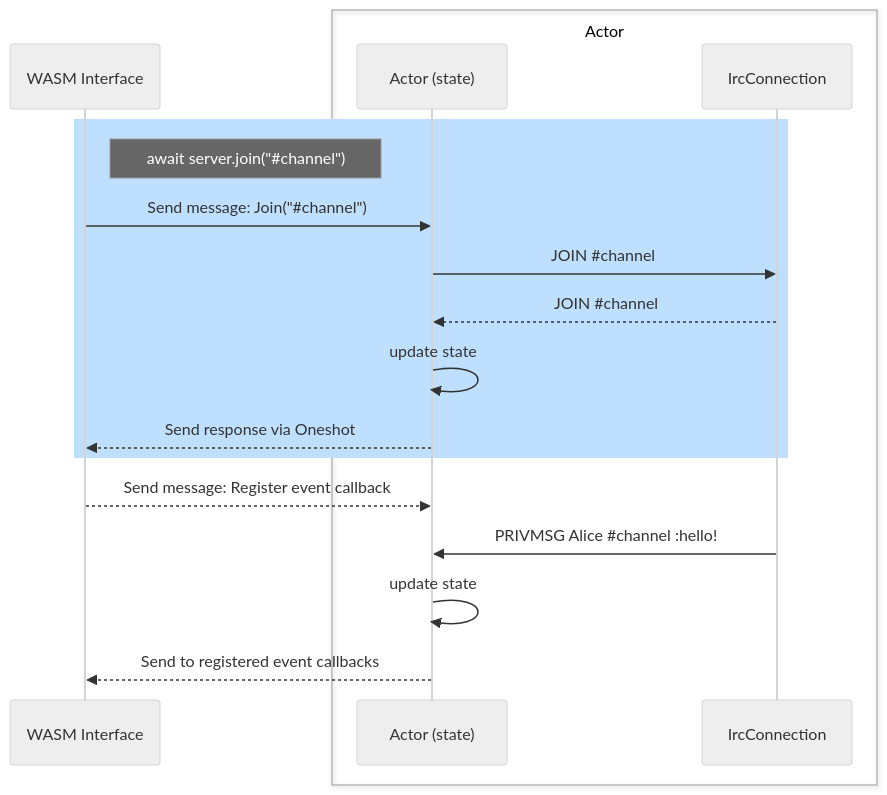
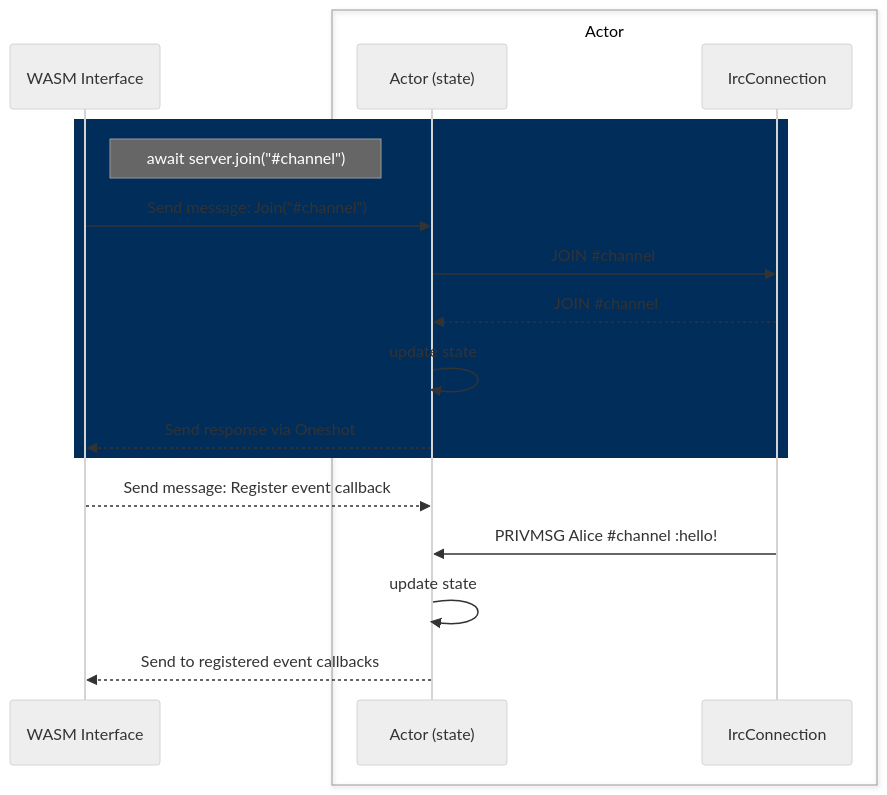
One commit to hivecom/orbit changed the diagram in packages/core/core-wasm/README.md. Above: the diagram before and after it, drawn with Mermaid (neutral theme).

Commit message:
Fix mermaid diagram color for github

````diff
--- a/packages/core/core-wasm/README.md
+++ b/packages/core/core-wasm/README.md
@@ -9,24 +9,24 @@
 ```mermaid
 sequenceDiagram
 participant wasm as WASM Interface
 box Actor
 participant M as Actor (state)
 participant C as IrcConnection
 end
 
-rect rgb(191, 223, 255)
+rect rgb(0, 45, 89)
 note right of wasm: await server.join("#35;channel")
 wasm->>M: Send message: Join("#35;channel")
 
 M->>C: JOIN #35;channel
 C-->>M: JOIN #35;channel
 
 M->>M: update state
 M-->>wasm: Send response via Oneshot
 end
 
 wasm-->>M: Send message: Register event callback
 C->>M: PRIVMSG Alice #35;channel :hello!
 M->>M: update state
 M-->>wasm: Send to registered event callbacks
 ```
````
